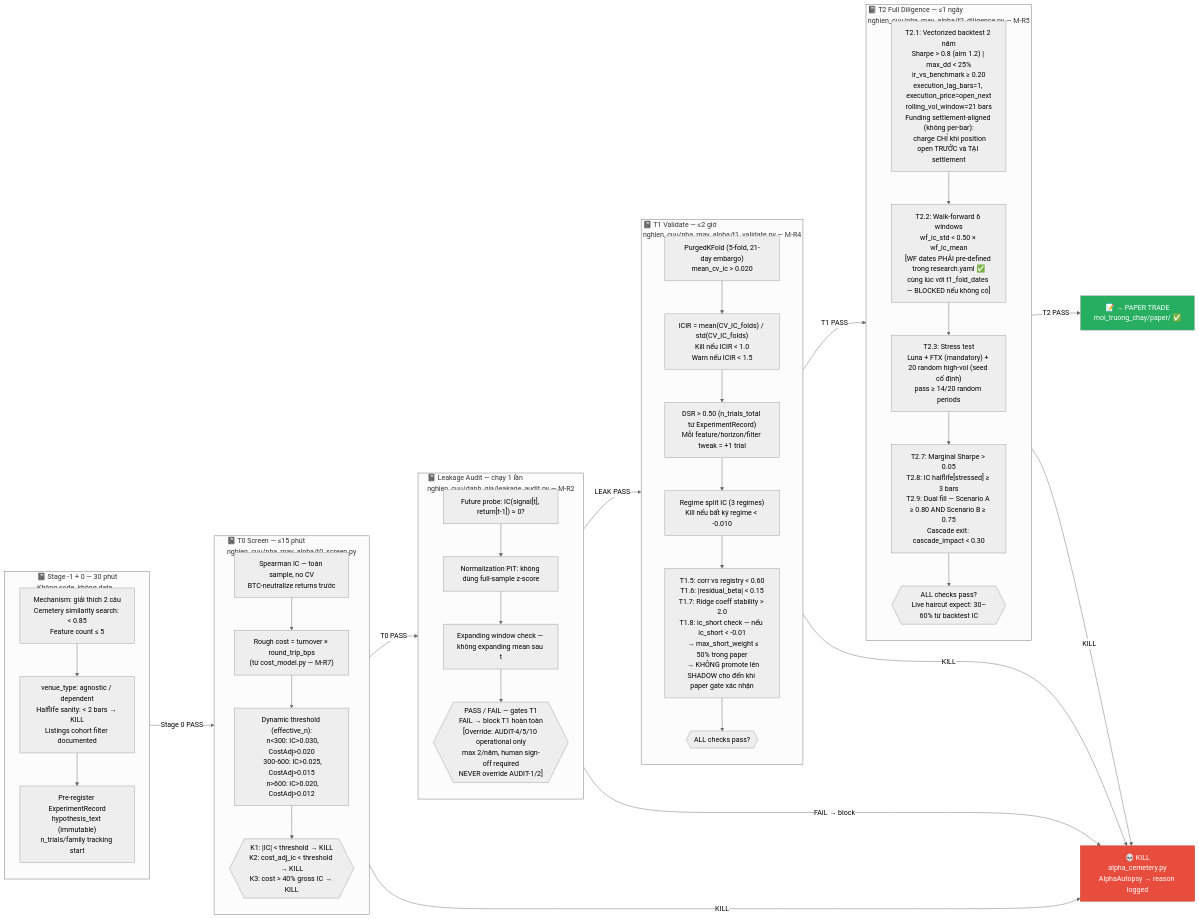
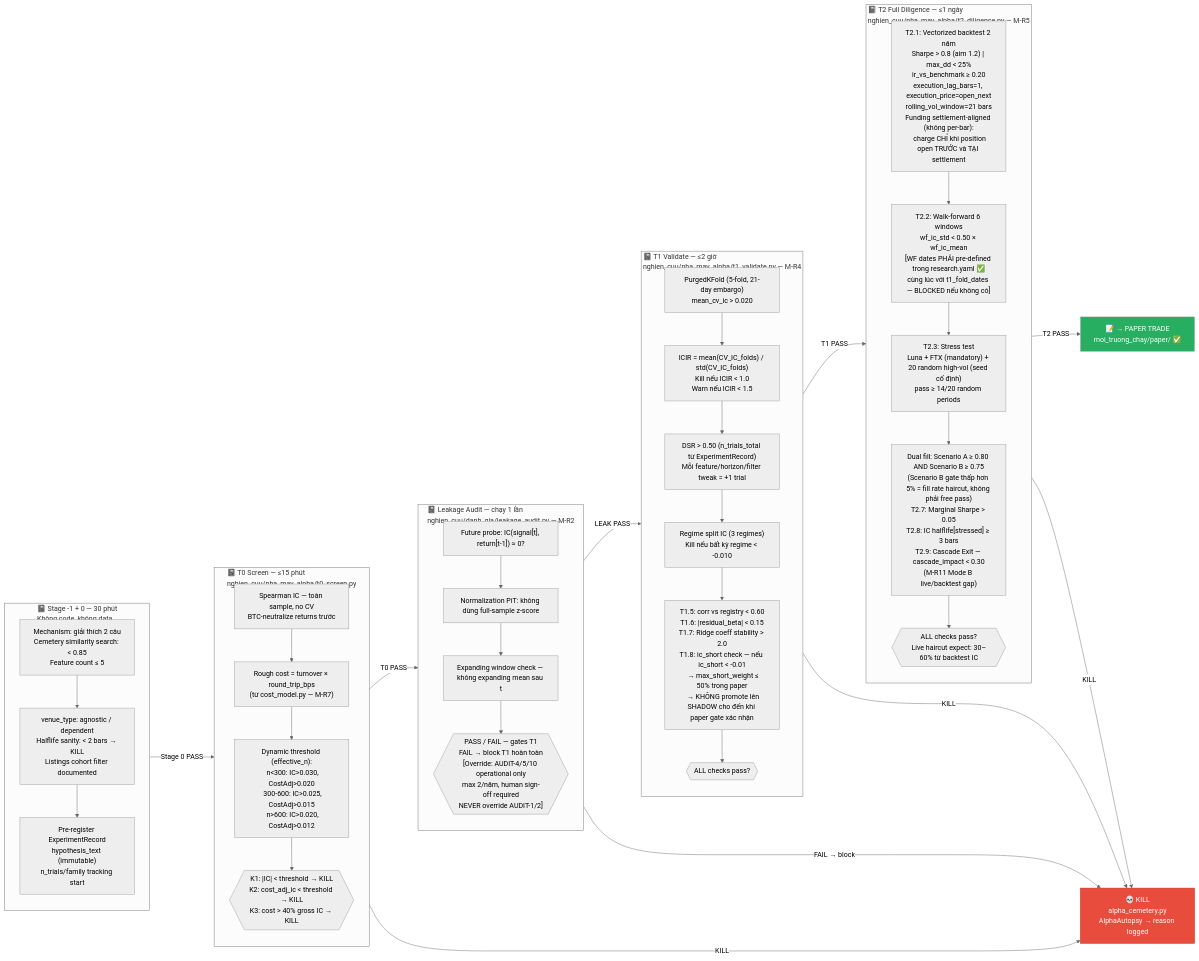
Before and after one commit to VagabondKingsman/Kairos-v3: the second of 13 diagrams in data_flow_diagrams.md, drawn with Mermaid (neutral theme). The commit also changed other lines of this file, not shown here.

````diff
--- a/data_flow_diagrams.md
+++ b/data_flow_diagrams.md
@@ -115,65 +140,65 @@
 ```mermaid
 flowchart LR
     subgraph NB_STAGE0["📓 Stage -1 + 0 — 30 phút\nKhông code, không data"]
         direction TB
         S0_1["Mechanism: giải thích 2 câu\nCemetery similarity search: < 0.85\nFeature count ≤ 5"]
         S0_2["venue_type: agnostic / dependent\nHalflife sanity: < 2 bars → KILL\nListings cohort filter documented"]
         S0_3["Pre-register ExperimentRecord\nhypothesis_text (immutable)\nn_trials/family tracking start"]
         S0_1 --> S0_2 --> S0_3
     end
 
     subgraph NB_T0["📓 T0 Screen — ≤15 phút\nnghien_cuu/nha_may_alpha/t0_screen.py"]
         direction TB
         T0_1["Spearman IC — toàn sample, no CV\nBTC-neutralize returns trước"]
         T0_2["Rough cost = turnover × round_trip_bps\n(từ cost_model.py — M-R7)"]
         T0_3["Dynamic threshold (effective_n):\n  n<300: IC>0.030, CostAdj>0.020\n  300-600: IC>0.025, CostAdj>0.015\n  n>600: IC>0.020, CostAdj>0.012"]
         T0_4{{"K1: |IC| < threshold → KILL\nK2: cost_adj_ic < threshold → KILL\nK3: cost > 40% gross IC → KILL"}}
         T0_1 --> T0_2 --> T0_3 --> T0_4
     end
 
     subgraph NB_LEAK["📓 Leakage Audit — chạy 1 lần\nnghien_cuu/danh_gia/leakage_audit.py — M-R2"]
         direction TB
         L1["Future probe: IC(signal[t], return[t-1]) ≈ 0?"]
         L2["Normalization PiT: không dùng full-sample z-score"]
         L3["Expanding window check — không expanding mean sau t"]
         L4{{"PASS / FAIL — gates T1\nFAIL → block T1 hoàn toàn\n[Override: AUDIT-4/5/10 operational only\nmax 2/năm, human sign-off required\nNEVER override AUDIT-1/2]"}}
         L1 --> L2 --> L3 --> L4
     end
 
     subgraph NB_T1["📓 T1 Validate — ≤2 giờ\nnghien_cuu/nha_may_alpha/t1_validate.py — M-R4"]
         direction TB
         T1_1["PurgedKFold (5-fold, 21-day embargo)\nmean_cv_ic > 0.020"]
         T1_1b["ICIR = mean(CV_IC_folds) / std(CV_IC_folds)\nKill nếu ICIR < 1.0\nWarn nếu ICIR < 1.5"]
         T1_2["DSR > 0.50 (n_trials_total từ ExperimentRecord)\nMỗi feature/horizon/filter tweak = +1 trial"]
         T1_3["Regime split IC (3 regimes)\nKill nếu bất kỳ regime < -0.010"]
         T1_4["T1.5: corr vs registry < 0.60\nT1.6: |residual_beta| < 0.15\nT1.7: Ridge coeff stability > 2.0\nT1.8: ic_short check — nếu ic_short < -0.01\n  → max_short_weight ≤ 50% trong paper\n  → KHÔNG promote lên SHADOW cho đến khi paper gate xác nhận"]
         T1_5{{"ALL checks pass?"}}
         T1_1 --> T1_1b --> T1_2 --> T1_3 --> T1_4 --> T1_5
     end
 
     subgraph NB_T2["📓 T2 Full Diligence — ≤1 ngày\nnghien_cuu/nha_may_alpha/t2_diligence.py — M-R5"]
         direction TB
         T2_1["T2.1: Vectorized backtest 2 năm\nSharpe > 0.8 (aim 1.2) | max_dd < 25%\nir_vs_benchmark ≥ 0.20\nexecution_lag_bars=1, execution_price=open_next\nrolling_vol_window=21 bars\nFunding settlement-aligned (không per-bar):\n  charge CHỈ khi position open TRƯỚC và TẠI settlement"]
         T2_2["T2.2: Walk-forward 6 windows\nwf_ic_std < 0.50 × wf_ic_mean\n[WF dates PHẢI pre-defined trong research.yaml ✅\ncùng lúc với t1_fold_dates — BLOCKED nếu không có]"]
         T2_3["T2.3: Stress test\nLuna + FTX (mandatory) + 20 random high-vol (seed cố định)\npass ≥ 14/20 random periods"]
-        T2_4["T2.7: Marginal Sharpe > 0.05\nT2.8: IC halflife[stressed] ≥ 3 bars\nT2.9: Dual fill — Scenario A ≥ 0.80 AND Scenario B ≥ 0.75\nCascade exit: cascade_impact < 0.30"]
+        T2_4["Dual fill: Scenario A ≥ 0.80 AND Scenario B ≥ 0.75\n(Scenario B gate thấp hơn 5% = fill rate haircut, không phải free pass)\nT2.7: Marginal Sharpe > 0.05\nT2.8: IC halflife[stressed] ≥ 3 bars\nT2.9: Cascade Exit — cascade_impact < 0.30\n(M-R11 Mode B live/backtest gap)"]
         T2_5{{"ALL checks pass?\nLive haircut expect: 30–60% từ backtest IC"}}
         T2_1 --> T2_2 --> T2_3 --> T2_4 --> T2_5
     end
 
     KILL["💀 KILL\nalpha_cemetery.py\nAlphaAutopsy → reason logged"]
     PAPER_GO["📝 → PAPER TRADE\nmoi_truong_chay/paper/ ✅"]
 
     NB_STAGE0 -->|"Stage 0 PASS"| NB_T0
     NB_T0 -->|"T0 PASS"| NB_LEAK
     NB_T0 -->|"KILL"| KILL
     NB_LEAK -->|"LEAK PASS"| NB_T1
     NB_LEAK -->|"FAIL → block"| KILL
     NB_T1 -->|"T1 PASS"| NB_T2
     NB_T1 -->|"KILL"| KILL
     NB_T2 -->|"T2 PASS"| PAPER_GO
     NB_T2 -->|"KILL"| KILL
 
     style KILL fill:#e74c3c,stroke:#c0392b,color:#fff
     style PAPER_GO fill:#27ae60,color:#fff
 ```
````
